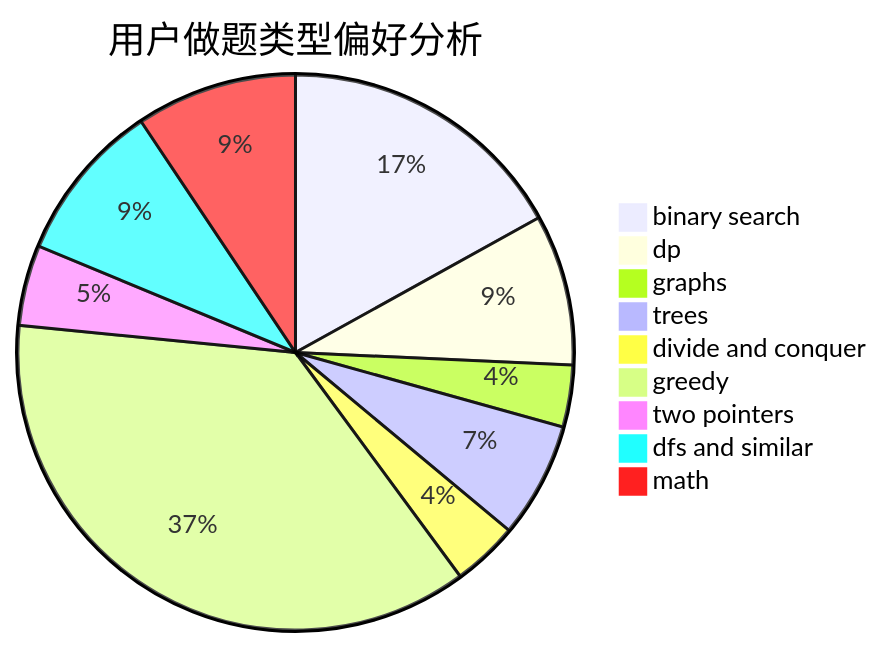
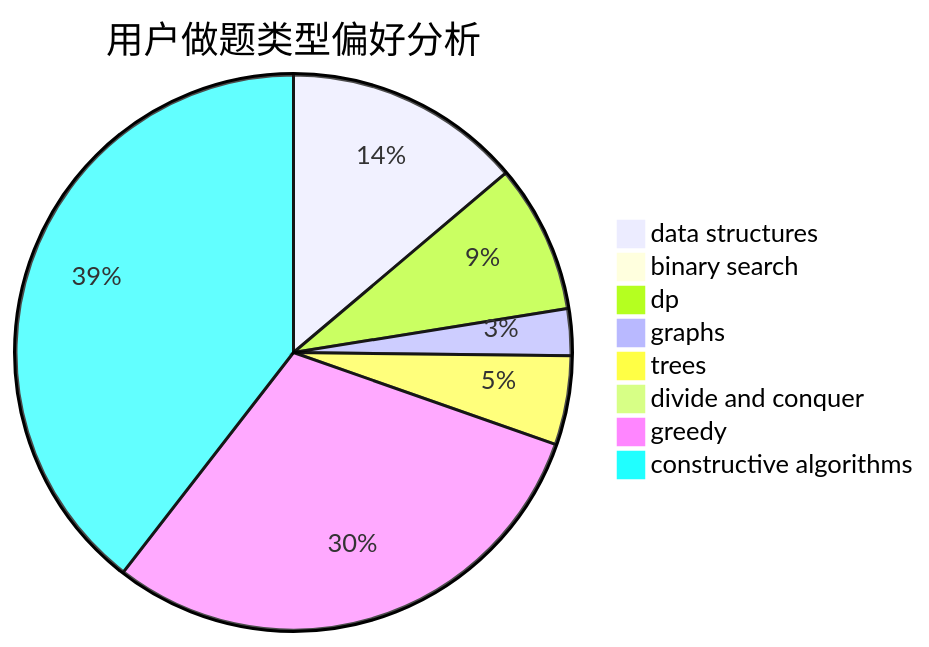
The second of 3 diagrams in docs/user/u959.md (sherpahu/cfrs.github.io), drawn with Mermaid before and after one commit. The commit also changed other lines of this file and 2775 other files, not shown here.

````diff
--- a/docs/user/u959.md
+++ b/docs/user/u959.md
@@ -23,12 +23,11 @@
 ```mermaid
 pie title 用户做题类型偏好分析
-    "binary search" :  141
-    "dp" :  73
-    "graphs" :  30
-    "trees" :  56
-    "divide and conquer" :  32
-    "greedy" :  305
-    "two pointers" :  39
-    "dfs and similar" :  78
-    "math" :  78
+    "data structures" :  56
+    "binary search" :  2
+    "dp" :  35
+    "graphs" :  11
+    "trees" :  21
+    "divide and conquer" :  0
+    "greedy" :  122
+    "constructive algorithms" :  160
 ```
````
